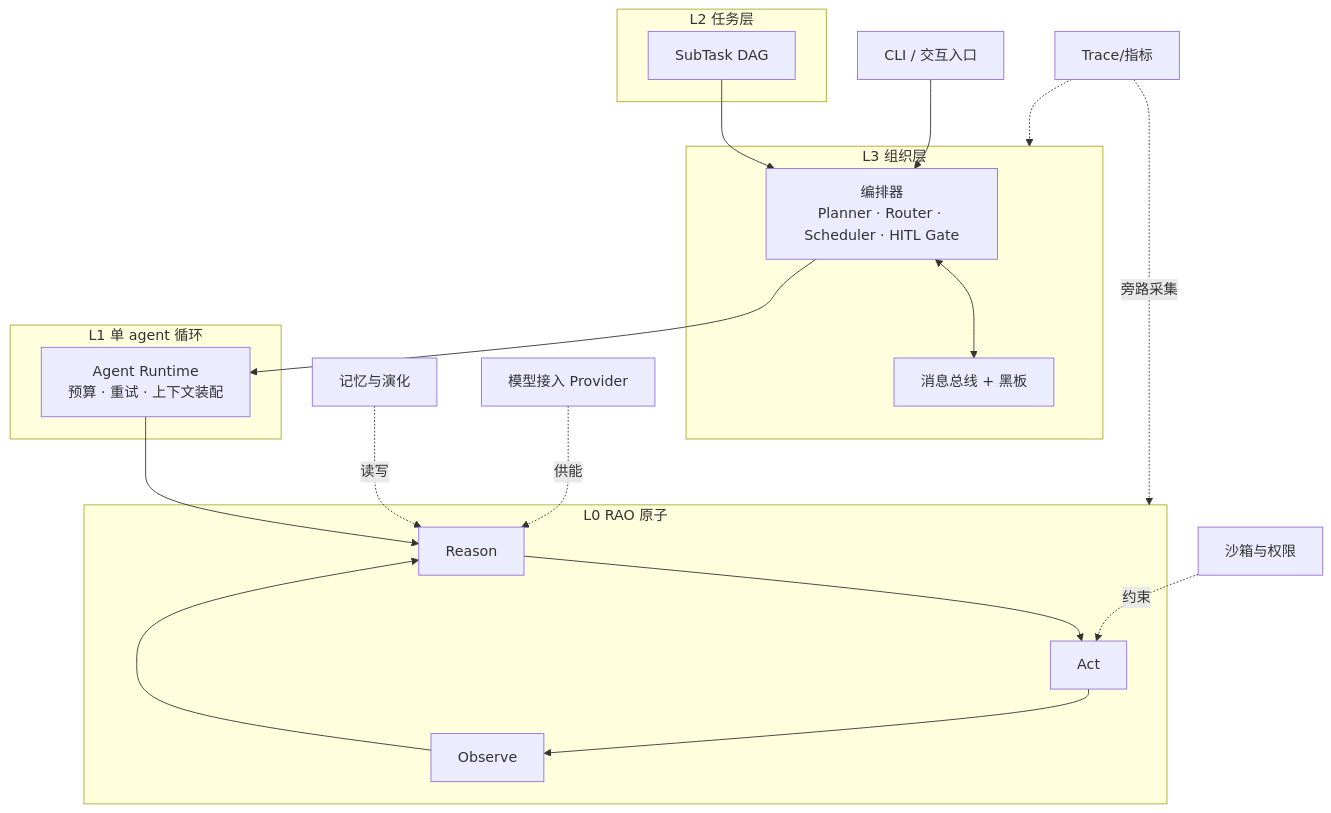
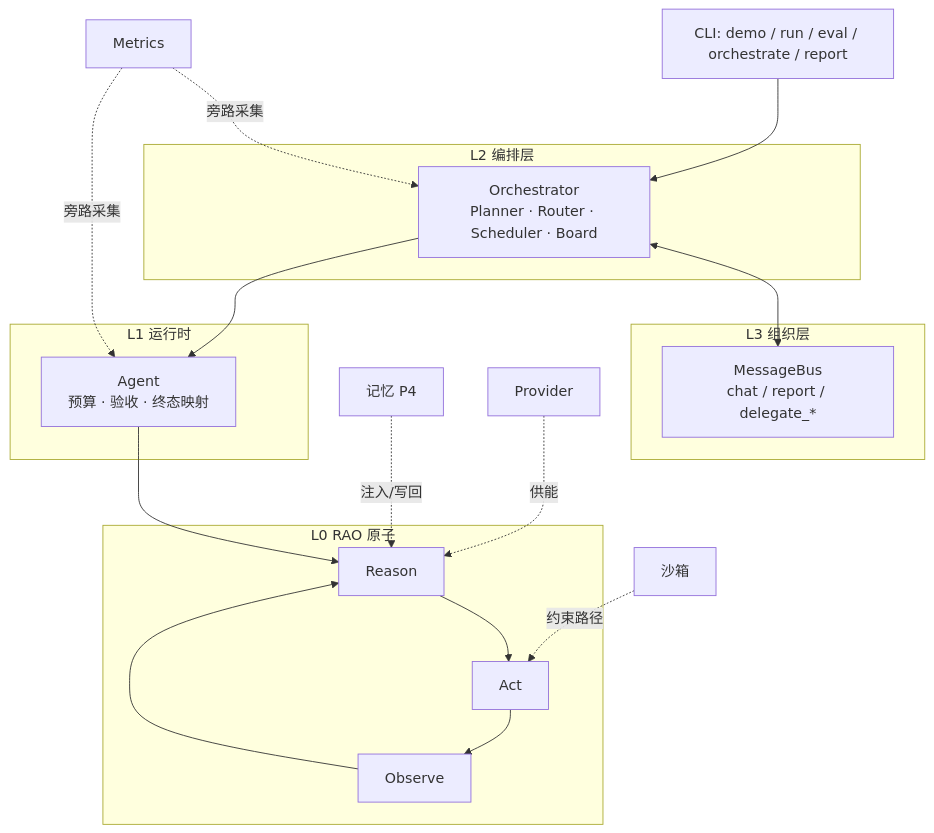
One commit to Fei-stack-wq/maie5221-NLP-FinalProject changed the first of 2 diagrams in docs/architecture.md. Above: the diagram before and after it, drawn with Mermaid. The commit also changed other lines of this file and 4 other files, not shown here.

````diff
--- a/docs/architecture.md
+++ b/docs/architecture.md
@@ -185,26 +71,23 @@
 ```mermaid
 flowchart TB
-    CLI[CLI / 交互入口] --> ORC
+    CLI[CLI: demo / run / eval / orchestrate / report] --> ORC
+    subgraph L2[L2 编排层]
+        ORC[Orchestrator<br/>Planner · Router · Scheduler · Board]
+    end
     subgraph L3[L3 组织层]
-        ORC[编排器<br/>Planner · Router · Scheduler · HITL Gate]
-        BUS[消息总线 + 黑板]
-        ORC <--> BUS
+        BUS[MessageBus<br/>chat / report / delegate_*]
     end
-    subgraph L2[L2 任务层]
-        T1[SubTask DAG]
-        T1 --> ORC
+    subgraph L1[L1 运行时]
+        AG[Agent<br/>预算 · 验收 · 终态映射]
     end
-    subgraph L1[L1 单 agent 循环]
-        AG[Agent Runtime<br/>预算 · 重试 · 上下文装配]
+    subgraph L0[L0 RAO 原子]
+        R[Reason] --> A[Act] --> O[Observe] --> R
     end
-    ORC --> AG
-    subgraph L0[L0 RAO 原子]
-        R[Reason] --> AC[Act] --> O[Observe] --> R
-    end
-    AG --> R
-    X1[记忆与演化] -.读写.-> R
-    X2[沙箱与权限] -.约束.-> AC
-    X3[模型接入 Provider] -.供能.-> R
-    X4[Trace/指标] -.旁路采集.-> L0
-    X4 -.-> L3
+    ORC <--> BUS
+    ORC --> AG --> R
+    X1[记忆 P4] -.注入/写回.-> R
+    X2[沙箱] -.约束路径.-> A
+    X3[Provider] -.供能.-> R
+    X4[Metrics] -.旁路采集.-> ORC
+    X4 -.旁路采集.-> AG
 ```
````
